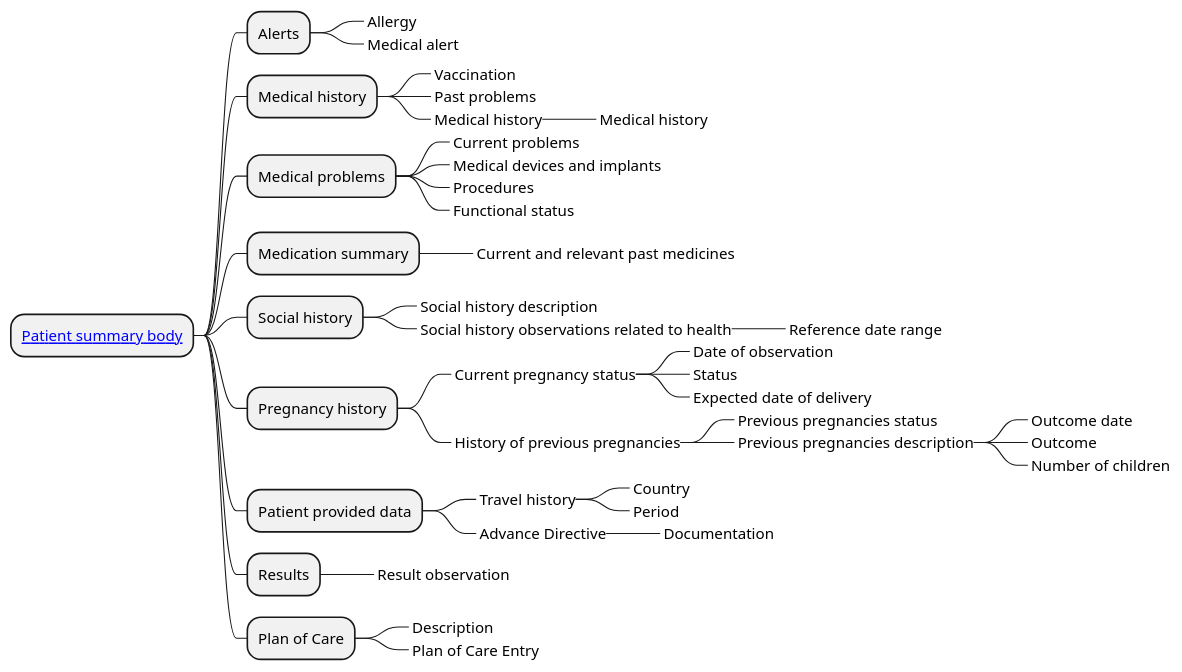
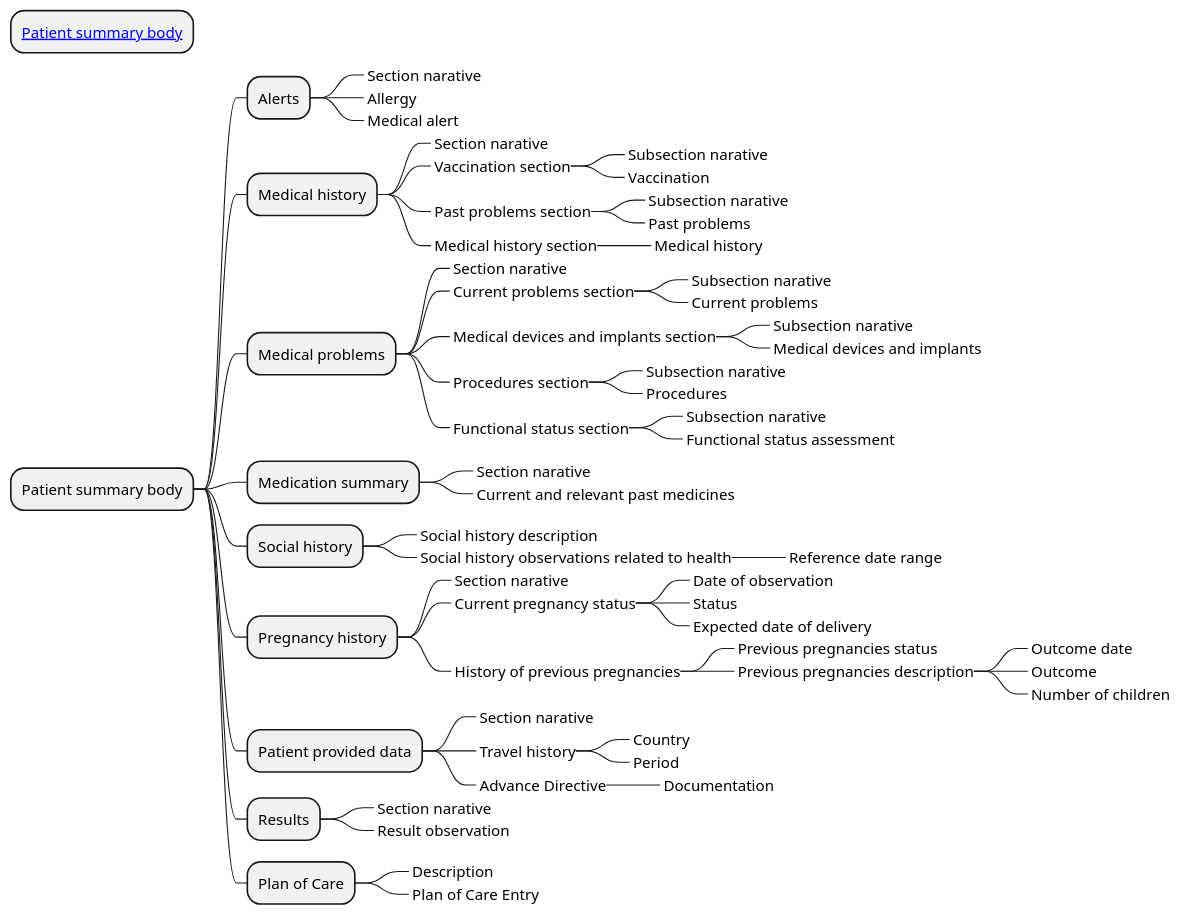
One commit to Xt-EHR/xt-ehr-common changed the diagram in input/images-source/PsReportBody_CIM.plantuml. Above: the diagram before and after it, drawn with PlantUML.

```diff
--- a/input/images-source/PsReportBody_CIM.plantuml
+++ b/input/images-source/PsReportBody_CIM.plantuml
@@ -1,45 +1,65 @@
 @startmindmap
 skinparam topurl StructureDefinition-
 * [[EHDSPatientSummaryBody.html Patient summary body]]
+* Patient summary body
 ** Alerts
+***_ Section narative
 ***_ Allergy
 ***_ Medical alert
 ** Medical history
-***_ Vaccination
-***_ Past problems
-***_ Medical history
+***_ Section narative
+***_ Vaccination section
+****_ Subsection narative
+****_ Vaccination
+***_ Past problems section
+****_ Subsection narative
+****_ Past problems
+***_ Medical history section
 ****_ Medical history
 ** Medical problems
-***_ Current problems
-***_ Medical devices and implants
-***_ Procedures
-***_ Functional status
+***_ Section narative
+***_ Current problems section
+****_ Subsection narative
+****_ Current problems
+***_ Medical devices and implants section
+****_ Subsection narative
+****_ Medical devices and implants
+***_ Procedures section
+****_ Subsection narative
+****_ Procedures
+***_ Functional status section
+****_ Subsection narative
+****_ Functional status assessment
 ** Medication summary
+***_ Section narative
 ***_ Current and relevant past medicines
 ** Social history
 ***_ Social history description
 ***_ Social history observations related to health
 ****_ Reference date range
 ** Pregnancy history
+***_ Section narative
 ***_ Current pregnancy status
 ****_ Date of observation
 ****_ Status
 ****_ Expected date of delivery
 ***_ History of previous pregnancies
 ****_ Previous pregnancies status
 ****_ Previous pregnancies description
 *****_ Outcome date
 *****_ Outcome
 *****_ Number of children
 ** Patient provided data
+***_ Section narative
 ***_ Travel history
 ****_ Country
 ****_ Period
 ***_ Advance Directive
 ****_ Documentation
 ** Results
+***_ Section narative
 ***_ Result observation
 ** Plan of Care
 ***_ Description
 ***_ Plan of Care Entry
 @endmindmap
```
